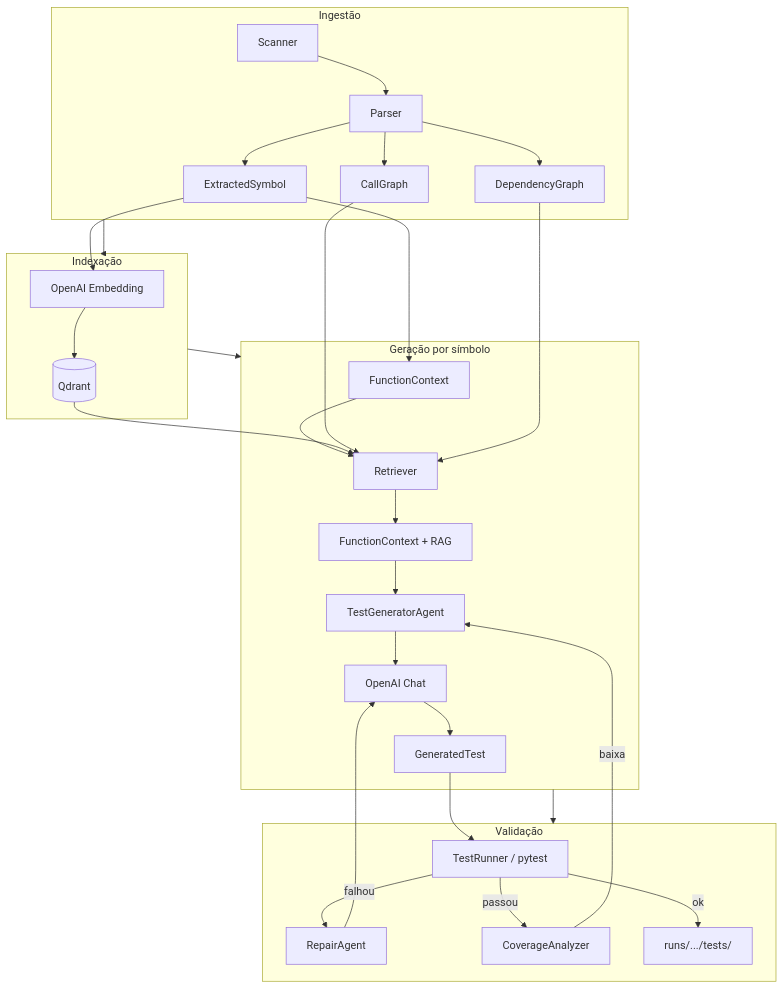
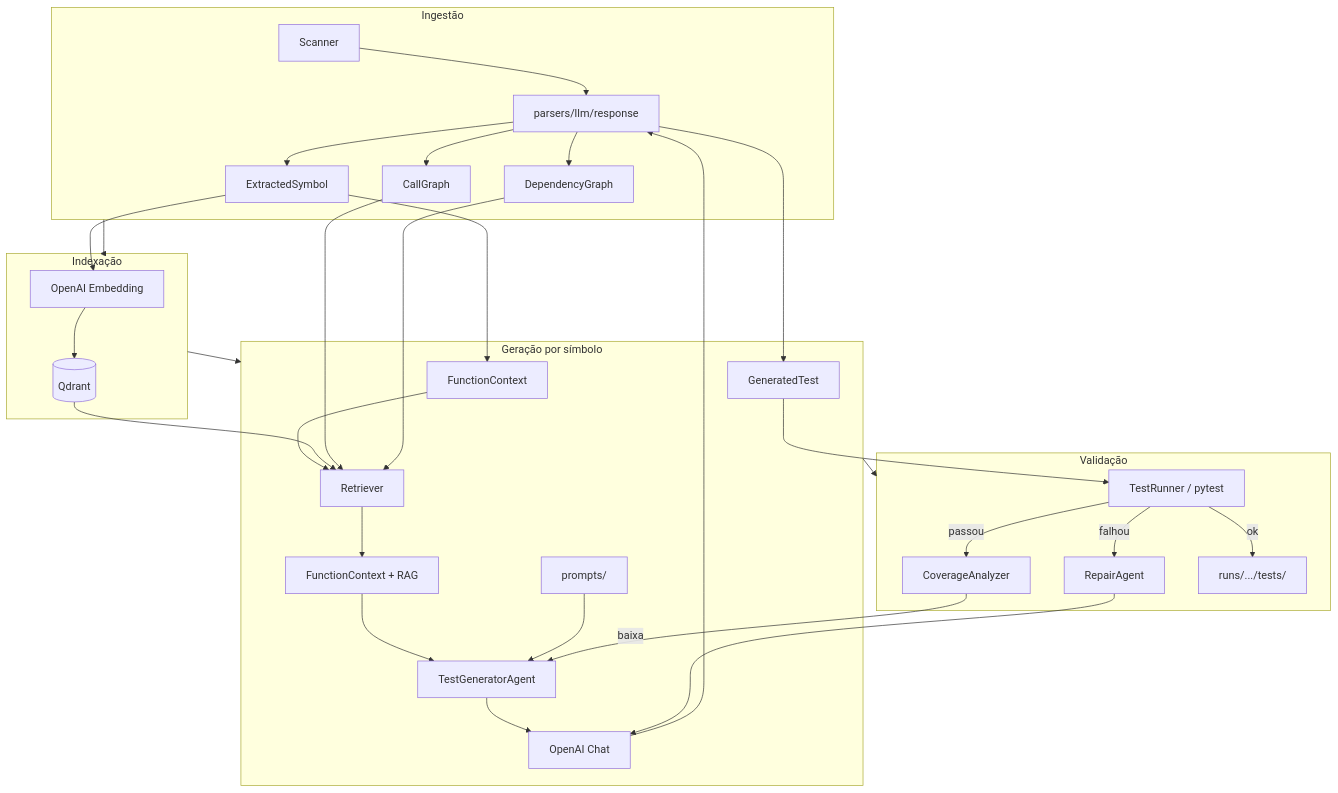
One commit to limaraujo/-rag-test-engine changed the diagram in docs/ARCHITECTURE.md. Above: the diagram before and after it, drawn with Mermaid. The commit also changed other lines of this file and 81 other files, not shown here.

````diff
--- a/docs/ARCHITECTURE.md
+++ b/docs/ARCHITECTURE.md
@@ -29,39 +35,41 @@
 ```mermaid
 flowchart TB
     subgraph ingest [Ingestão]
         Scanner --> Parser
         Parser --> Symbols[ExtractedSymbol]
         Parser --> CG[CallGraph]
         Parser --> DG[DependencyGraph]
     end
 
     subgraph index [Indexação]
         Symbols --> Embed[OpenAI Embedding]
         Embed --> Qdrant[(Qdrant)]
     end
 
     subgraph gen [Geração por símbolo]
         Symbols --> Ctx[FunctionContext]
         Ctx --> Retriever
         Qdrant --> Retriever
         CG --> Retriever
         DG --> Retriever
         Retriever --> EnrichedCtx[FunctionContext + RAG]
         EnrichedCtx --> Generator[TestGeneratorAgent]
+        Prompts[prompts/] --> Generator
         Generator --> LLM[OpenAI Chat]
-        LLM --> Test[GeneratedTest]
+        LLM --> Parser[parsers/llm/response]
+        Parser --> Test[GeneratedTest]
     end
 
     subgraph exec [Validação]
         Test --> Runner[TestRunner / pytest]
         Runner -->|falhou| Repair[RepairAgent]
         Repair --> LLM
         Runner -->|passou| Coverage[CoverageAnalyzer]
         Coverage -->|baixa| Generator
         Runner -->|ok| Save[runs/.../tests/]
     end
 
     ingest --> index
     index --> gen
     gen --> exec
 ```
````
